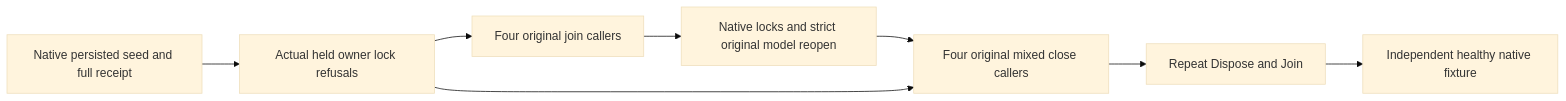
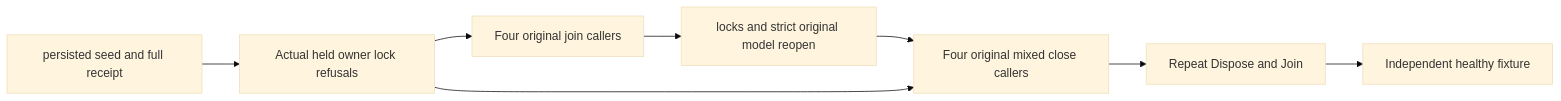
One commit to managedcode/KeyLoad changed the diagram in docs/Features/ResourceExecution/TestDatabaseConcurrentSuccessfulClose.md. Above: the diagram before and after it, drawn with Mermaid (base theme). The commit also changed other lines of this file and 9016 other files, not shown here.

````diff
--- a/docs/Features/ResourceExecution/TestDatabaseConcurrentSuccessfulClose.md
+++ b/docs/Features/ResourceExecution/TestDatabaseConcurrentSuccessfulClose.md
@@ -13,10 +13,10 @@
 ```mermaid
 flowchart LR
-  Seed[Native persisted seed and full receipt] --> Active[Actual held owner lock refusals]
+  Seed[persisted seed and full receipt] --> Active[Actual held owner lock refusals]
   Active --> Join[Four original join callers]
-  Join --> Reopen[Native locks and strict original model reopen]
+  Join --> Reopen[locks and strict original model reopen]
   Reopen --> Mixed[Four original mixed close callers]
   Active --> Mixed
   Mixed --> Repeat[Repeat Dispose and Join]
-  Repeat --> Healthy[Independent healthy native fixture]
+  Repeat --> Healthy[Independent healthy fixture]
 ```
````
